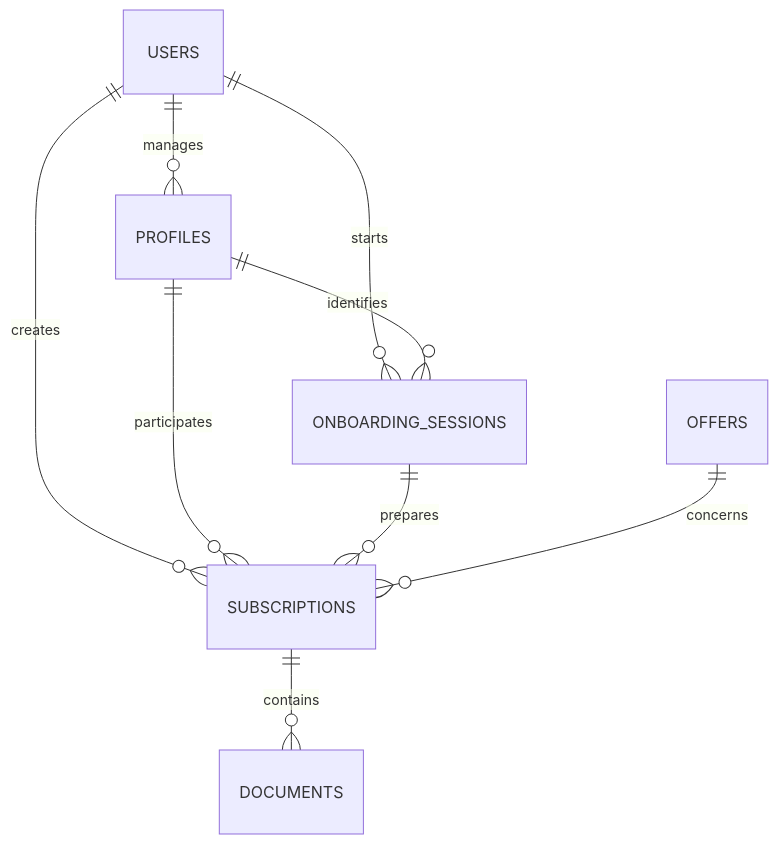
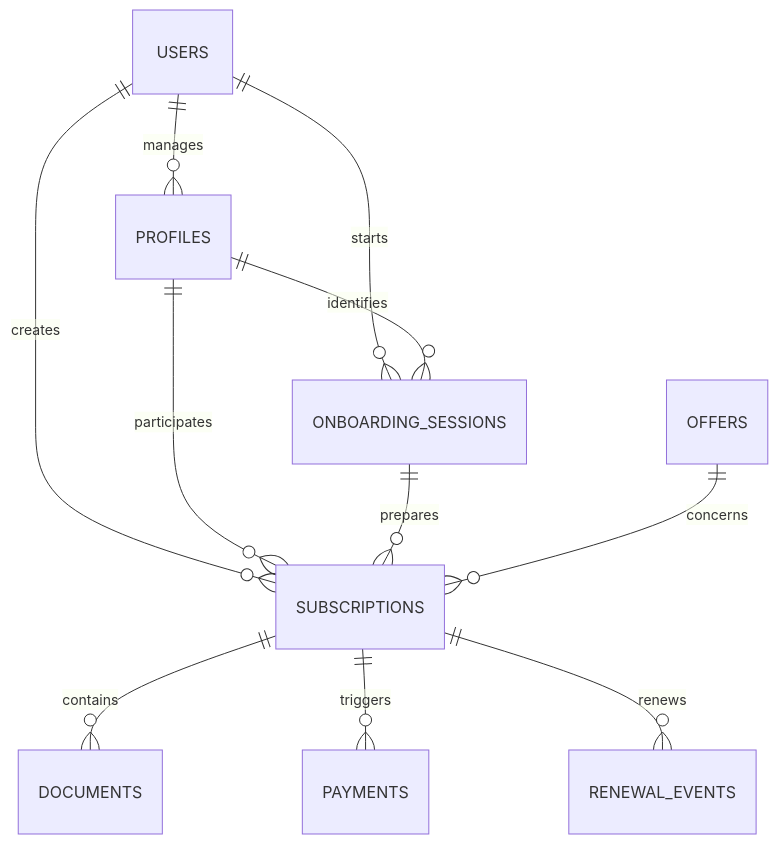
One commit to marouane-AITOUALI/hackathon-comutitres-esgi changed the diagram in docs/database-model.md. Above: the diagram before and after it, drawn with Mermaid. The commit also changed other lines of this file and 27 other files, not shown here.

Commit message:
feat: add payments and renewal lifecycle

````diff
--- a/docs/database-model.md
+++ b/docs/database-model.md
@@ -3,11 +3,13 @@
 ```mermaid
 erDiagram
     USERS ||--o{ PROFILES : manages
     USERS ||--o{ ONBOARDING_SESSIONS : starts
     USERS ||--o{ SUBSCRIPTIONS : creates
     PROFILES ||--o{ ONBOARDING_SESSIONS : identifies
     PROFILES ||--o{ SUBSCRIPTIONS : participates
     ONBOARDING_SESSIONS ||--o{ SUBSCRIPTIONS : prepares
     OFFERS ||--o{ SUBSCRIPTIONS : concerns
     SUBSCRIPTIONS ||--o{ DOCUMENTS : contains
+    SUBSCRIPTIONS ||--o{ PAYMENTS : triggers
+    SUBSCRIPTIONS ||--o{ RENEWAL_EVENTS : renews
 ```
````
